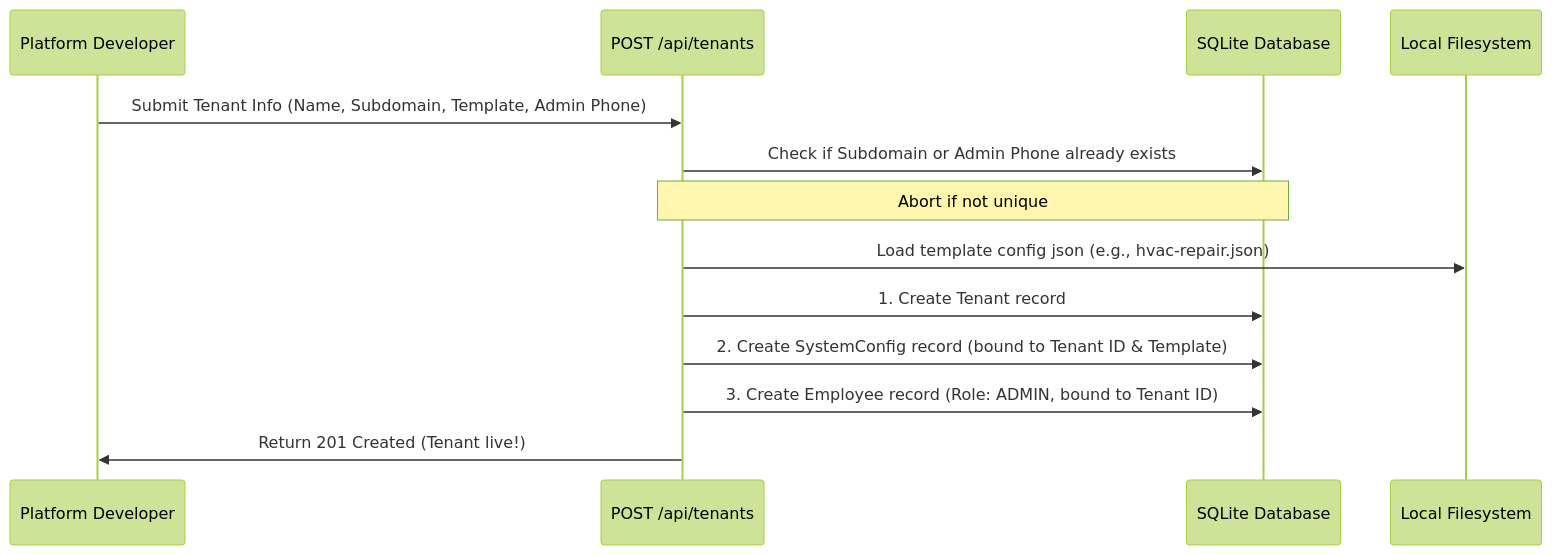
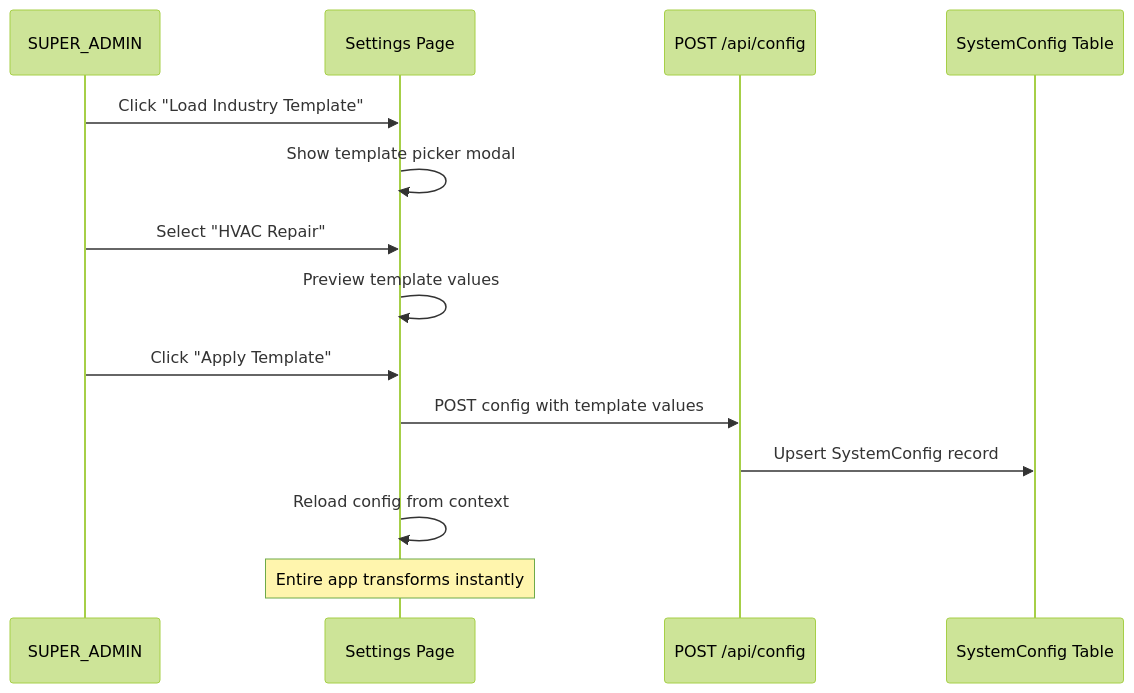
One commit to Devaprem1996/EMS changed the second of 2 diagrams in docs/whitelabel-saas/phases/phase_5_platform_tenants_manager.md. Above: the diagram before and after it, drawn with Mermaid (forest theme). The commit also changed other lines of this file and 10 other files, not shown here.

First line of the commit message:
feat(phase5): SUPER_ADMIN Configuration Control Center with industry template loader

````diff
--- a/docs/whitelabel-saas/phases/phase_5_platform_tenants_manager.md
+++ b/docs/whitelabel-saas/phases/phase_5_platform_tenants_manager.md
@@ -50,16 +82,17 @@
 ```mermaid
 sequenceDiagram
-    participant Dev as Platform Developer
-    participant API as POST /api/tenants
-    participant DB as SQLite Database
-    participant FS as Local Filesystem
+    participant SA as SUPER_ADMIN
+    participant UI as Settings Page
+    participant API as POST /api/config
+    participant DB as SystemConfig Table
 
-    Dev->>API: Submit Tenant Info (Name, Subdomain, Template, Admin Phone)
-    API->>DB: Check if Subdomain or Admin Phone already exists
-    Note over API,DB: Abort if not unique
-    API->>FS: Load template config json (e.g., hvac-repair.json)
-    API->>DB: 1. Create Tenant record
-    API->>DB: 2. Create SystemConfig record (bound to Tenant ID & Template)
-    API->>DB: 3. Create Employee record (Role: ADMIN, bound to Tenant ID)
-    API->>Dev: Return 201 Created (Tenant live!)
+    SA->>UI: Click "Load Industry Template"
+    UI->>UI: Show template picker modal
+    SA->>UI: Select "HVAC Repair"
+    UI->>UI: Preview template values
+    SA->>UI: Click "Apply Template"
+    UI->>API: POST config with template values
+    API->>DB: Upsert SystemConfig record
+    UI->>UI: Reload config from context
+    Note over UI: Entire app transforms instantly
 ```
````
